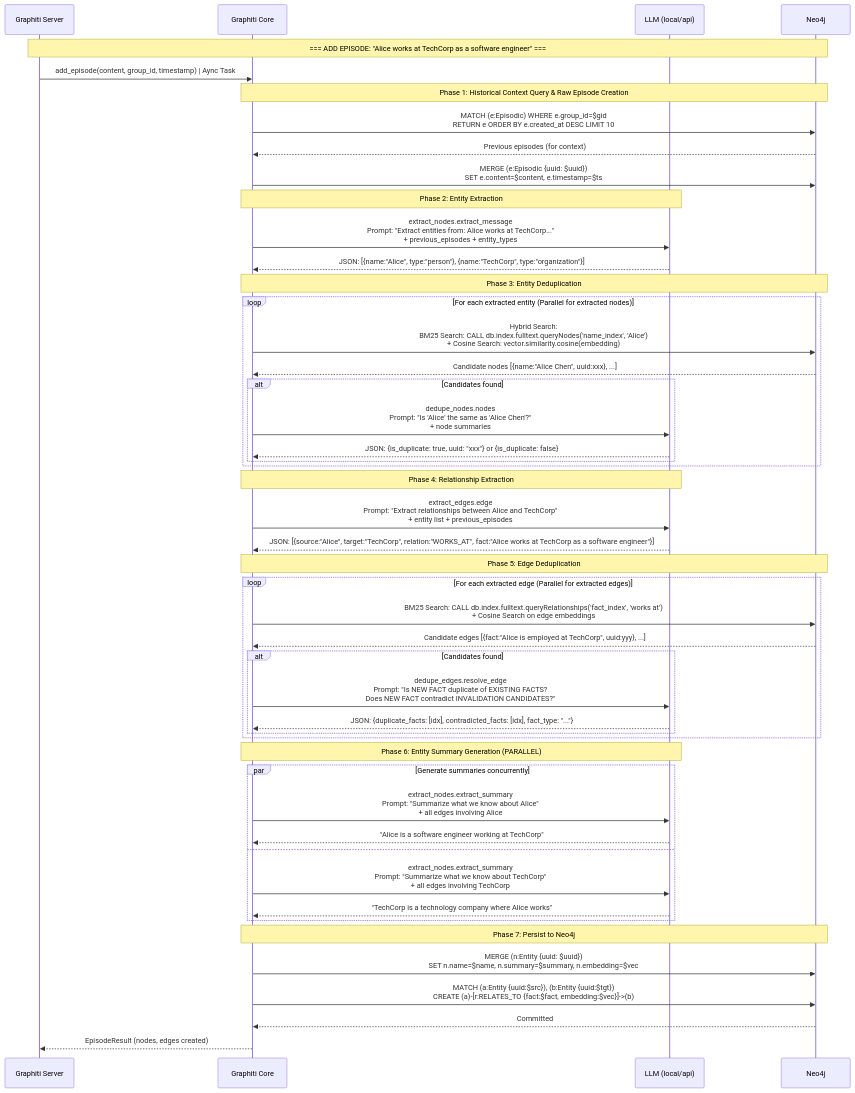
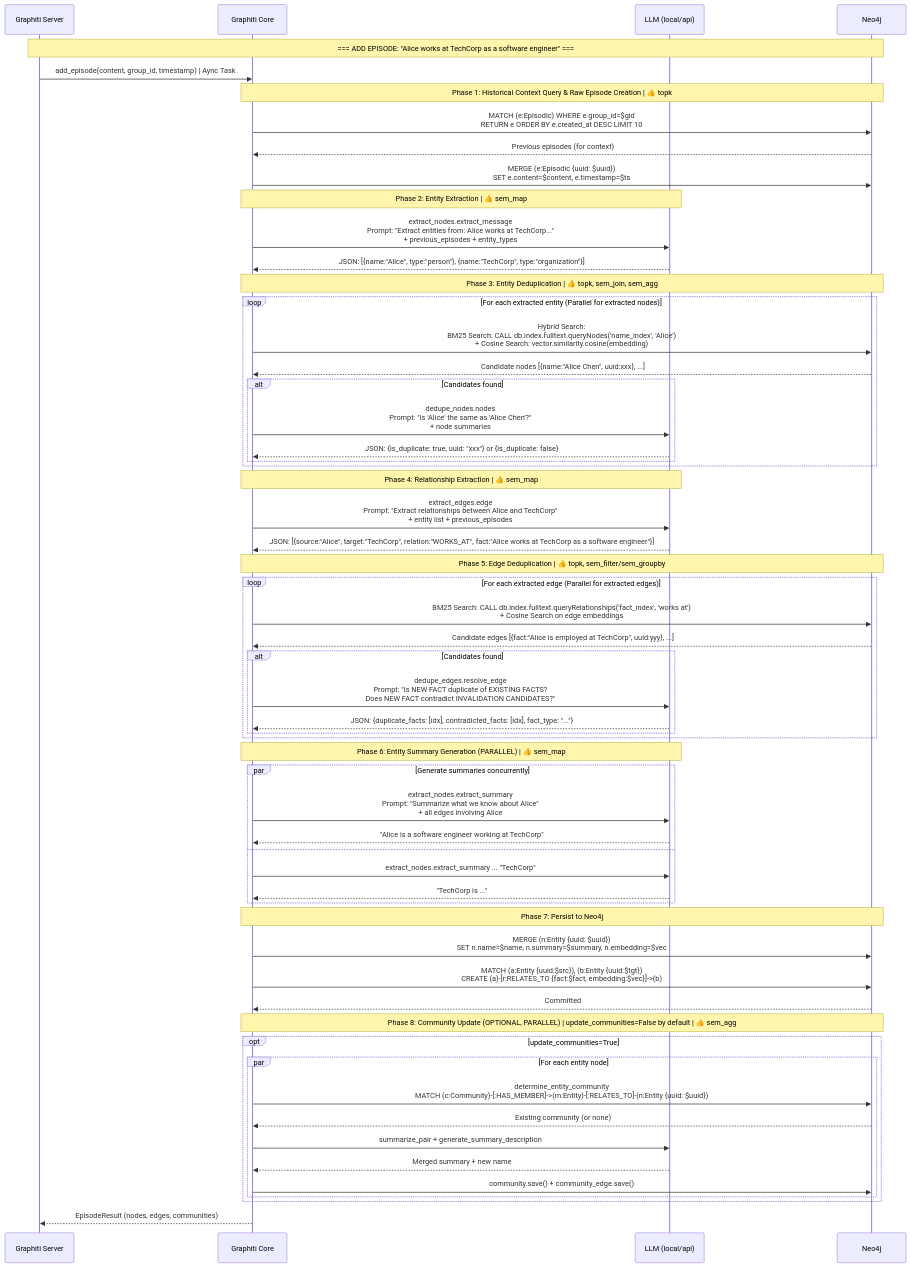
The first of 2 diagrams in examples/neo4j_otel/data_flow.md (SleepyLGod/zep-graphiti), drawn with Mermaid before and after one commit. The commit also changed other lines of this file and 1 other file, not shown here.

Commit message:
data flow diagram for zep and mem0 added.

````diff
--- a/examples/neo4j_otel/data_flow.md
+++ b/examples/neo4j_otel/data_flow.md
@@ -12,62 +12,73 @@
 ```mermaid
 sequenceDiagram
     participant App as Graphiti Server
     participant Core as Graphiti Core
     participant LLM as LLM (local/api)
     participant Neo4j as Neo4j
 
     Note over App, Neo4j: === ADD EPISODE: "Alice works at TechCorp as a software engineer" ===
 
     App->>Core: add_episode(content, group_id, timestamp) | Aync Task
 
-    Note over Core, Neo4j: Phase 1: Historical Context Query & Raw Episode Creation
+    Note over Core, Neo4j: Phase 1: Historical Context Query & Raw Episode Creation | 👍 topk
     Core->>Neo4j: MATCH (e:Episodic) WHERE e.group_id=$gid<br/>RETURN e ORDER BY e.created_at DESC LIMIT 10
     Neo4j-->>Core: Previous episodes (for context)
     Core->>Neo4j: MERGE (e:Episodic {uuid: $uuid})<br/>SET e.content=$content, e.timestamp=$ts
 
-    Note over Core, LLM: Phase 2: Entity Extraction
+    Note over Core, LLM: Phase 2: Entity Extraction | 👍 sem_map
     Core->>LLM: extract_nodes.extract_message<br/>Prompt: "Extract entities from: Alice works at TechCorp..."<br/>+ previous_episodes + entity_types
     LLM-->>Core: JSON: [{name:"Alice", type:"person"}, {name:"TechCorp", type:"organization"}]
 
-    Note over Core, Neo4j: Phase 3: Entity Deduplication
+    Note over Core, Neo4j: Phase 3: Entity Deduplication | 👍 topk, sem_join, sem_agg
     loop For each extracted entity (Parallel for extracted nodes)
         Core->>Neo4j: Hybrid Search:<br/> BM25 Search: CALL db.index.fulltext.queryNodes('name_index', 'Alice')<br/>+ Cosine Search: vector.similarity.cosine(embedding)
         Neo4j-->>Core: Candidate nodes [{name:"Alice Chen", uuid:xxx}, ...]
         
         alt Candidates found
             Core->>LLM: dedupe_nodes.nodes<br/>Prompt: "Is 'Alice' the same as 'Alice Chen'?"<br/>+ node summaries
             LLM-->>Core: JSON: {is_duplicate: true, uuid: "xxx"} or {is_duplicate: false}
         end
     end
 
-    Note over Core, LLM: Phase 4: Relationship Extraction
+    Note over Core, LLM: Phase 4: Relationship Extraction | 👍 sem_map
     Core->>LLM: extract_edges.edge<br/>Prompt: "Extract relationships between Alice and TechCorp"<br/>+ entity list + previous_episodes
     LLM-->>Core: JSON: [{source:"Alice", target:"TechCorp", relation:"WORKS_AT", fact:"Alice works at TechCorp as a software engineer"}]
 
-    Note over Core, Neo4j: Phase 5: Edge Deduplication
+    Note over Core, Neo4j: Phase 5: Edge Deduplication | 👍 topk, sem_filter/sem_groupby
     loop For each extracted edge (Parallel for extracted edges)
         Core->>Neo4j: BM25 Search: CALL db.index.fulltext.queryRelationships('fact_index', 'works at')<br/>+ Cosine Search on edge embeddings
         Neo4j-->>Core: Candidate edges [{fact:"Alice is employed at TechCorp", uuid:yyy}, ...]
         
         alt Candidates found
             Core->>LLM: dedupe_edges.resolve_edge<br/>Prompt: "Is NEW FACT duplicate of EXISTING FACTS?<br/>Does NEW FACT contradict INVALIDATION CANDIDATES?"
             LLM-->>Core: JSON: {duplicate_facts: [idx], contradicted_facts: [idx], fact_type: "..."}
         end
     end
 
-    Note over Core, LLM: Phase 6: Entity Summary Generation (PARALLEL)
+    Note over Core, LLM: Phase 6: Entity Summary Generation (PARALLEL) | 👍 sem_map
     par Generate summaries concurrently
         Core->>LLM: extract_nodes.extract_summary<br/>Prompt: "Summarize what we know about Alice"<br/>+ all edges involving Alice
         LLM-->>Core: "Alice is a software engineer working at TechCorp"
     and
-        Core->>LLM: extract_nodes.extract_summary<br/>Prompt: "Summarize what we know about TechCorp"<br/>+ all edges involving TechCorp
-        LLM-->>Core: "TechCorp is a technology company where Alice works"
+        Core->>LLM: extract_nodes.extract_summary ... "TechCorp"
+        LLM-->>Core: "TechCorp is ..."
     end
 
     Note over Core, Neo4j: Phase 7: Persist to Neo4j
     Core->>Neo4j: MERGE (n:Entity {uuid: $uuid})<br/>SET n.name=$name, n.summary=$summary, n.embedding=$vec
     Core->>Neo4j: MATCH (a:Entity {uuid:$src}), (b:Entity {uuid:$tgt})<br/>CREATE (a)-[r:RELATES_TO {fact:$fact, embedding:$vec}]->(b)
     Neo4j-->>Core: Committed
 
-    Core-->>App: EpisodeResult (nodes, edges created)
+    Note over Core, Neo4j: Phase 8: Community Update (OPTIONAL, PARALLEL) | update_communities=False by default | 👍 sem_agg
+    opt update_communities=True
+        par For each entity node
+            Core->>Neo4j: determine_entity_community<br/>MATCH (c:Community)-[:HAS_MEMBER]->(m:Entity)-[:RELATES_TO]-(n:Entity {uuid: $uuid})
+            Neo4j-->>Core: Existing community (or none)
+            Core->>LLM: summarize_pair + generate_summary_description
+            LLM-->>Core: Merged summary + new name
+            Core->>Neo4j: community.save() + community_edge.save()
+        end
+    end
+
+    Core-->>App: EpisodeResult (nodes, edges, communities)
 ```
````
